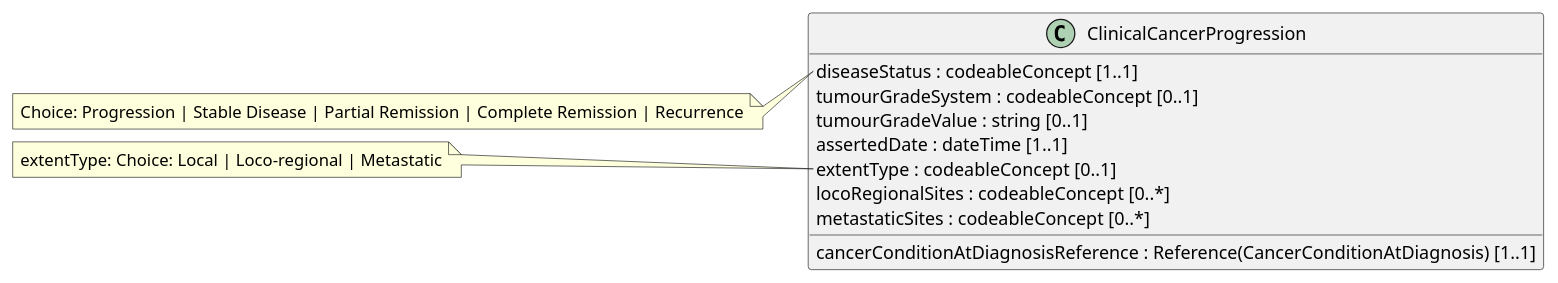
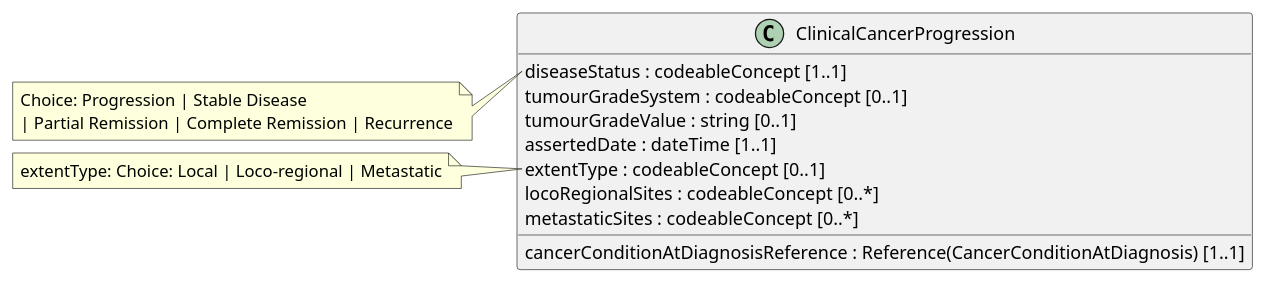
One commit to rgazzarata/cancer-common changed the diagram in input/images-source/ClinicalCancerProgression_LM.plantuml. Above: the diagram before and after it, drawn with PlantUML. The commit also changed 25 other files, not shown here.

```diff
--- a/input/images-source/ClinicalCancerProgression_LM.plantuml
+++ b/input/images-source/ClinicalCancerProgression_LM.plantuml
@@ -1,22 +1,23 @@
 @startuml
 hide empty members
 skinparam classAttributeIconSize 0
 
 class ClinicalCancerProgression {
   cancerConditionAtDiagnosisReference : Reference(CancerConditionAtDiagnosis) [1..1]
   diseaseStatus : codeableConcept [1..1]
   tumourGradeSystem : codeableConcept [0..1]
   tumourGradeValue : string [0..1]
   assertedDate : dateTime [1..1]
   extentType : codeableConcept [0..1]
   locoRegionalSites : codeableConcept [0..*]
   metastaticSites : codeableConcept [0..*]
 }
 
 note left of ClinicalCancerProgression::diseaseStatus
-Choice: Progression | Stable Disease | Partial Remission | Complete Remission | Recurrence
+Choice: Progression | Stable Disease 
+| Partial Remission | Complete Remission | Recurrence
 end note 
 note left of ClinicalCancerProgression::extentType
 extentType: Choice: Local | Loco-regional | Metastatic
 end note
 @enduml
```
